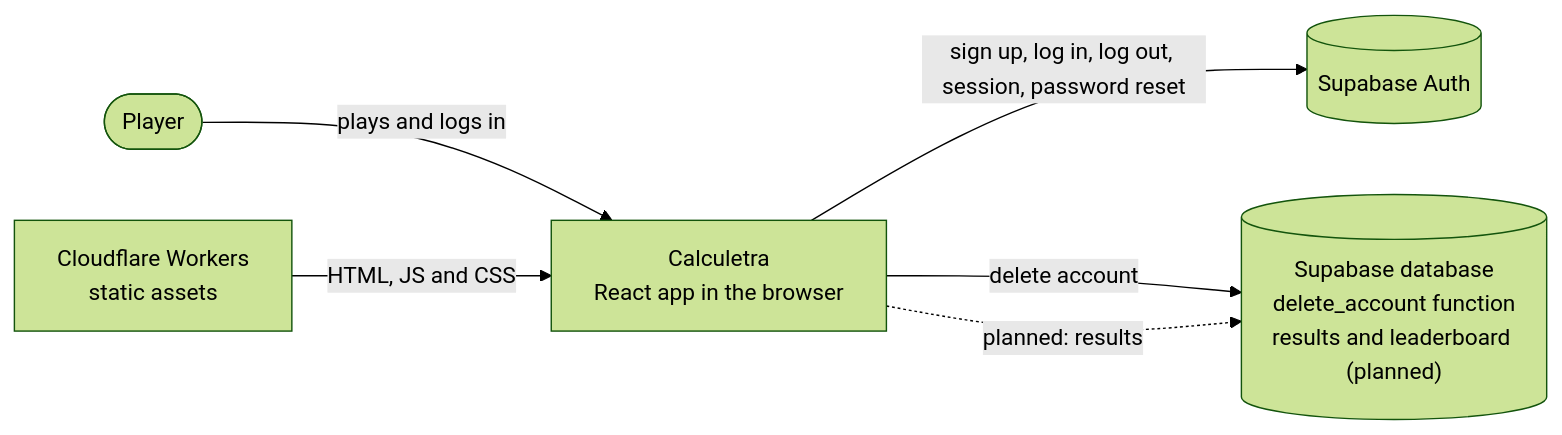
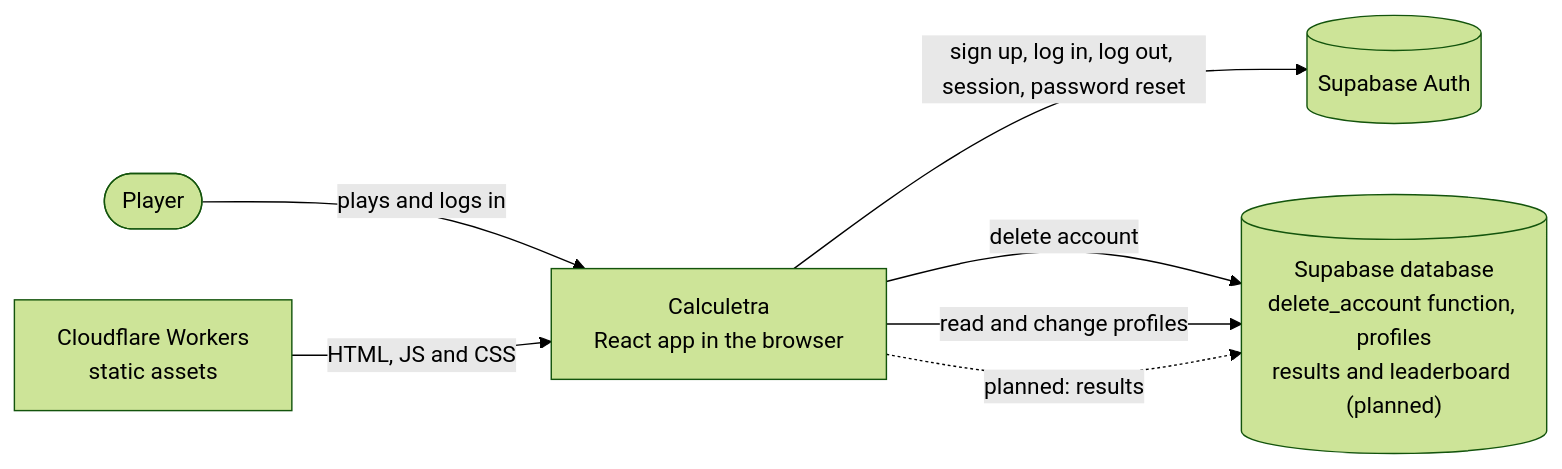
The first of 2 diagrams in docs/architecture.md (MatiCoding/calculetra), drawn with Mermaid (forest theme) before and after one commit. The commit also changed other lines of this file and 5 other files, not shown here.

````diff
--- a/docs/architecture.md
+++ b/docs/architecture.md
@@ -21,14 +21,15 @@
 ```mermaid
 flowchart LR
     player(["Player"])
     browser["Calculetra<br/>React app in the browser"]
     cloudflare["Cloudflare Workers<br/>static assets"]
     supabase[("Supabase Auth")]
-    db[("Supabase database<br/>delete_account function<br/>results and leaderboard (planned)")]
+    db[("Supabase database<br/>delete_account function, profiles<br/>results and leaderboard (planned)")]
 
     player -->|plays and logs in| browser
     cloudflare -->|HTML, JS and CSS| browser
     browser -->|sign up, log in, log out, session, password reset| supabase
     browser -->|delete account| db
+    browser -->|read and change profiles| db    
     browser -.->|planned: results| db
 ```
````
